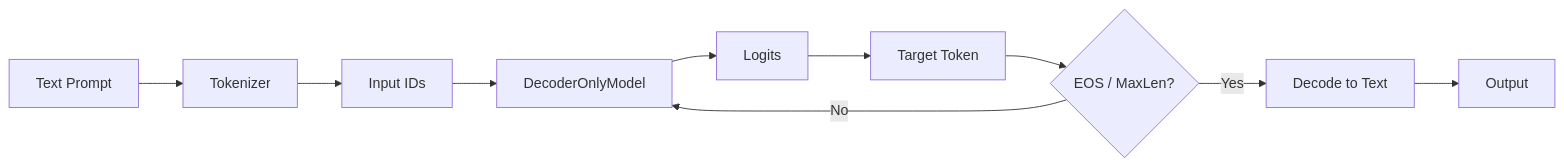
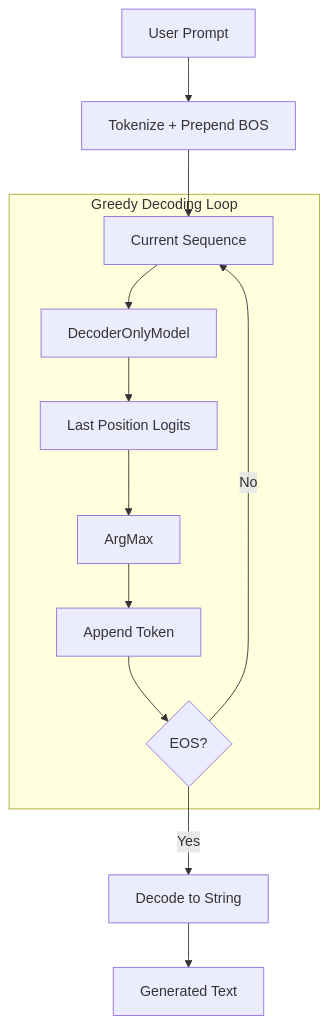
Before and after one commit to ambideXtrous9/Transformer-from-Scratch: the diagram in docs/DecoderOnlyInference.md, drawn with Mermaid. The commit also changed other lines of this file and 14 other files, not shown here.

````diff
--- a/docs/DecoderOnlyInference.md
+++ b/docs/DecoderOnlyInference.md
@@ -23,12 +18,17 @@
 ```mermaid
-graph LR
-    Prompt[Text Prompt] --> Tokenizer
-    Tokenizer --> IDs[Input IDs]
-    IDs --> Model[DecoderOnlyModel]
-    Model --> Logits
-    Logits --> ArgMax[Target Token]
-    ArgMax --> Loop{EOS / MaxLen?}
-    Loop -- No --> Model
-    Loop -- Yes --> Decode[Decode to Text]
-    Decode --> Output
+graph TD
+    Prompt[User Prompt] --> Tokenize[Tokenize + Prepend BOS]
+    Tokenize --> Loop
+
+    subgraph "Greedy Decoding Loop"
+        Loop[Current Sequence] --> Model[DecoderOnlyModel]
+        Model --> Logits[Last Position Logits]
+        Logits --> ArgMax[ArgMax]
+        ArgMax --> Append[Append Token]
+        Append --> Check{EOS?}
+        Check -- No --> Loop
+    end
+    
+    Check -- Yes --> Decode[Decode to String]
+    Decode --> Output[Generated Text]
 ```
````
